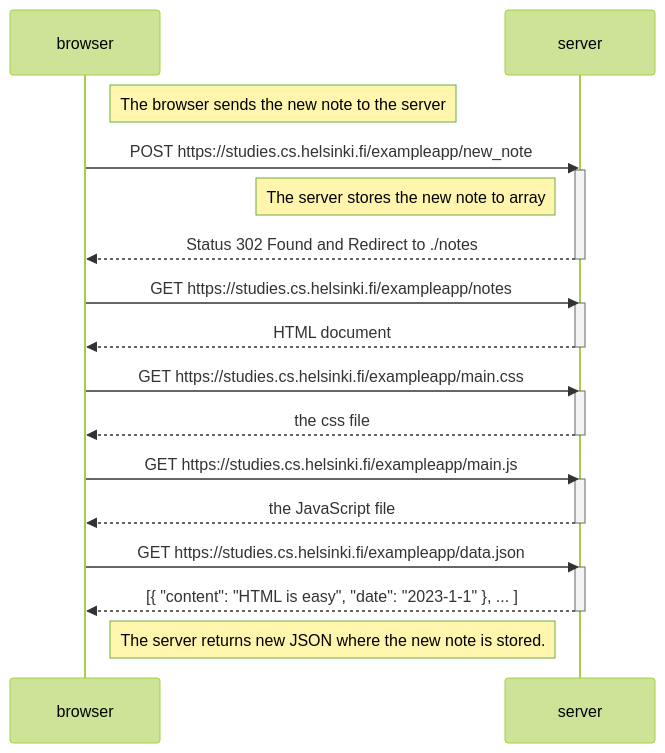
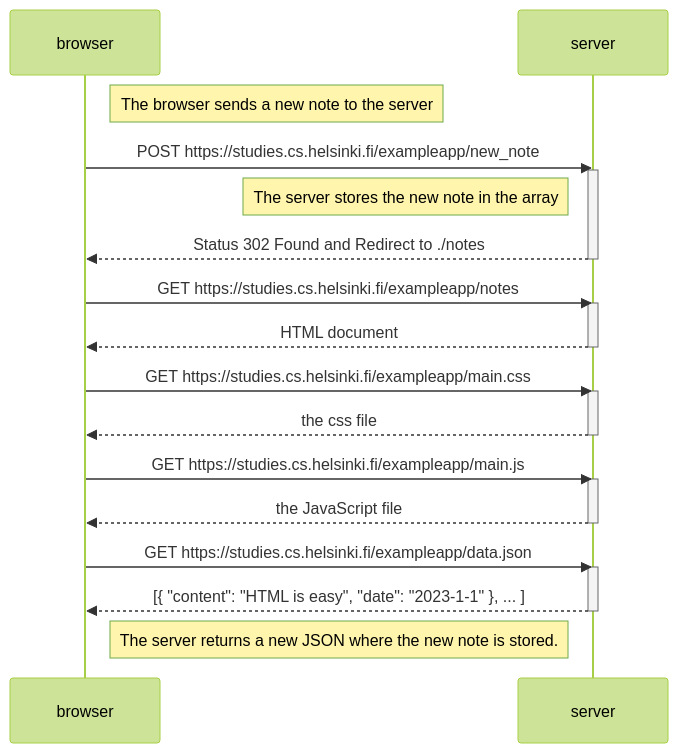
Before and after one commit to jarssoft/Fullstack-kurssi: the diagram in osa 0/newnote.md, drawn with Mermaid (forest theme). The commit also changed 1 other file, not shown here.

Commit message:
Pieniä korjauksia.

````diff
--- a/osa 0/newnote.md
+++ b/osa 0/newnote.md
@@ -2,39 +2,39 @@
 ```mermaid
 sequenceDiagram
     participant browser
     participant server
     
-    Note right of browser: The browser sends the new note to the server
+    Note right of browser: The browser sends a new note to the server
     
     browser->>server: POST https://studies.cs.helsinki.fi/exampleapp/new_note
     activate server
     
-    Note left of server: The server stores the new note to array
+    Note left of server: The server stores the new note in the array
     
     server-->>browser: Status 302 Found and Redirect to ./notes
     deactivate server
     
     
     
     browser->>server: GET https://studies.cs.helsinki.fi/exampleapp/notes
     activate server
     server-->>browser: HTML document
     deactivate server
     
     browser->>server: GET https://studies.cs.helsinki.fi/exampleapp/main.css
     activate server
     server-->>browser: the css file
     deactivate server
     
     browser->>server: GET https://studies.cs.helsinki.fi/exampleapp/main.js
     activate server
     server-->>browser: the JavaScript file
     deactivate server
     
     browser->>server: GET https://studies.cs.helsinki.fi/exampleapp/data.json
     activate server
     server-->>browser: [{ "content": "HTML is easy", "date": "2023-1-1" }, ... ]
     deactivate server    
 
-    Note left of server: The server returns new JSON where the new note is stored.
+    Note left of server: The server returns a new JSON where the new note is stored.
 ```
````
